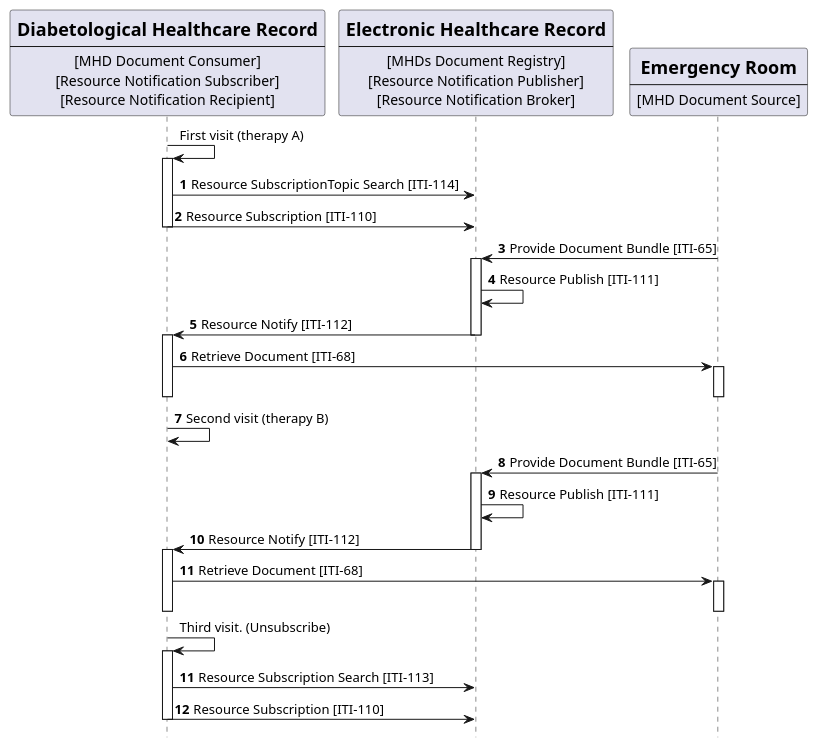
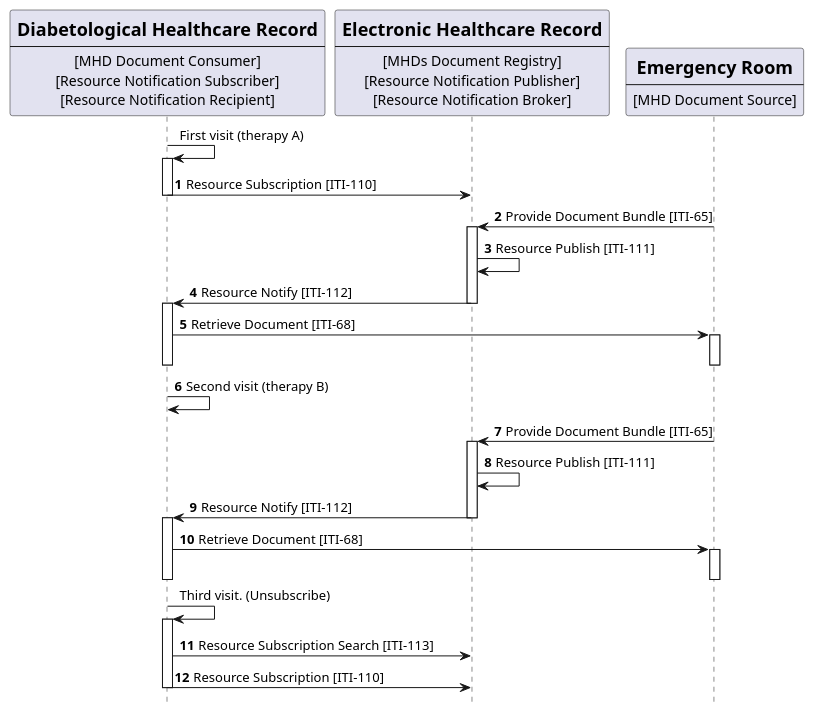
Before and after one commit to IHE/ITI.DSUBm: the diagram in input/images-source/usecase2-processflow.plantuml, drawn with PlantUML. The commit also changed 2 other files, not shown here.

```diff
--- a/input/images-source/usecase2-processflow.plantuml
+++ b/input/images-source/usecase2-processflow.plantuml
@@ -1,70 +1,70 @@
 @startuml
 skinparam svgDimensionStyle false
 hide footbox
 /'title "Folder Subscription with DSUBm on MHDs infrastructure" '/
 
 participant DHR [
     = Diabetological Healthcare Record
     ----
     [MHD Document Consumer]
     [Resource Notification Subscriber]
     [Resource Notification Recipient]
 ] 
 
 
 
 participant Central [
     =Electronic Healthcare Record
     ----
     [MHDs Document Registry]
     [Resource Notification Publisher]
     [Resource Notification Broker]
 ] 
 
 participant ER [
     =Emergency Room
     ----
     [MHD Document Source]
 ] 
 
 
 
 
 DHR -> DHR: First visit (therapy A)
 autonumber "<b>"
 activate DHR
-DHR -> Central: Resource SubscriptionTopic Search [ITI-114]
+' DHR -> Central: Resource SubscriptionTopic Search [ITI-114]
 DHR -> Central: Resource Subscription [ITI-110]
 deactivate DHR
 ER->Central:  Provide Document Bundle [ITI-65]
 activate Central 
 Central -> Central: Resource Publish [ITI-111]
 Central -> DHR: Resource Notify [ITI-112]
 deactivate Central
 activate DHR
 DHR -> ER: Retrieve Document [ITI-68]
 activate ER
 deactivate ER
 deactivate DHR 
 
 DHR -> DHR: Second visit (therapy B)
 ER->Central:  Provide Document Bundle [ITI-65]
 activate Central 
 Central -> Central: Resource Publish [ITI-111]
 Central -> DHR: Resource Notify [ITI-112]
 deactivate Central
 activate DHR
 
 DHR -> ER: Retrieve Document [ITI-68]
 activate ER
 deactivate ER
 deactivate DHR 
 autonumber stop 
 DHR -> DHR: Third visit. (Unsubscribe)
 activate DHR
 autonumber 11 "<b>"
 DHR -> Central: Resource Subscription Search [ITI-113]
 DHR -> Central: Resource Subscription [ITI-110]	
 deactivate DHR
 
 @enduml
```
